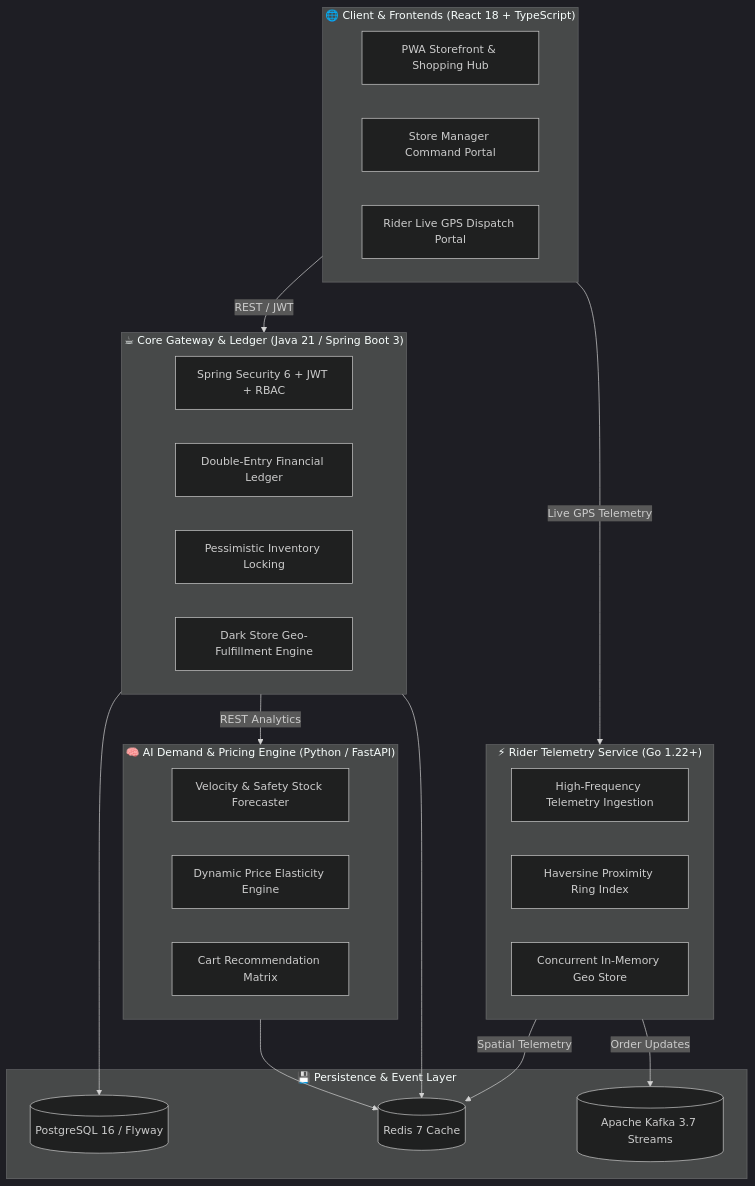
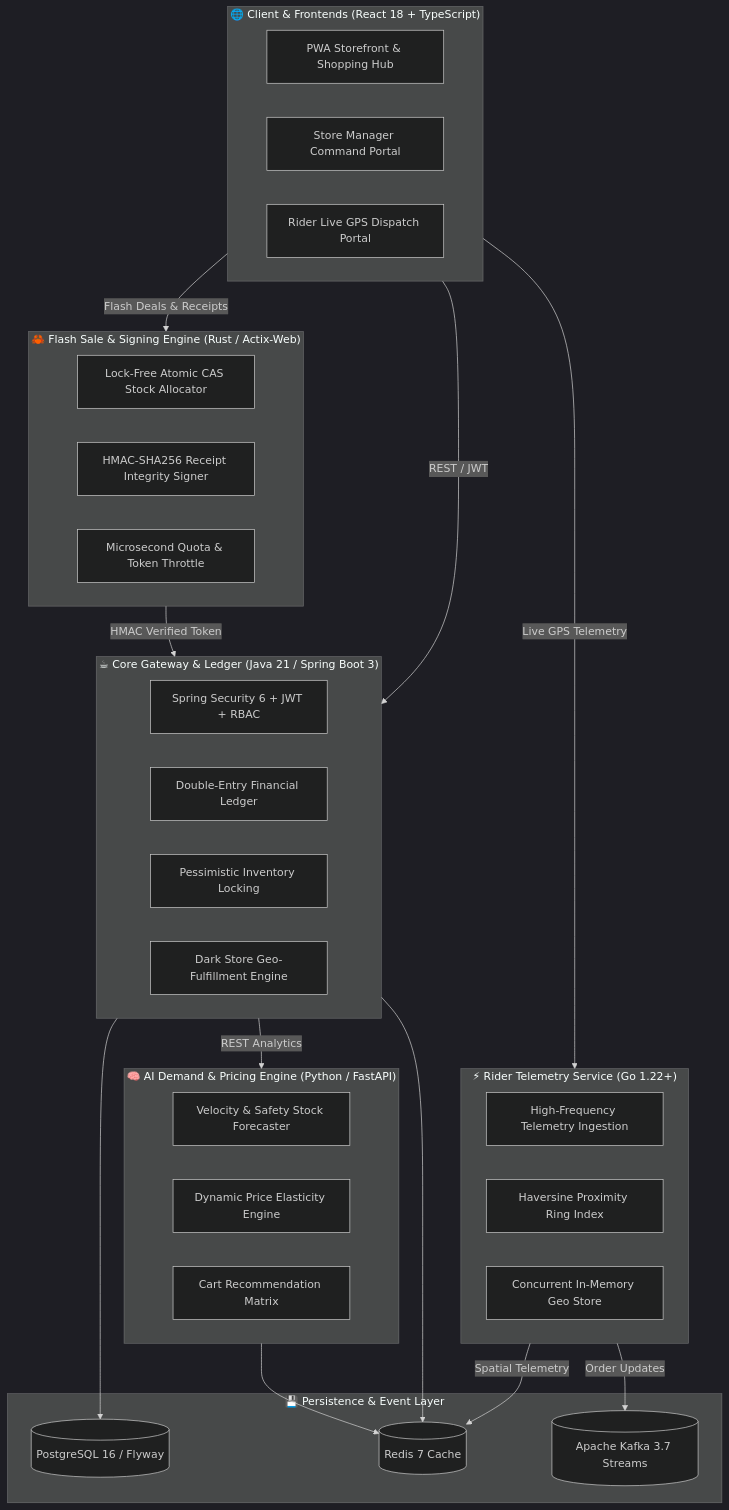
The diagram in README.md (riya292100/new), drawn with Mermaid (dark theme) before and after one commit. The commit also changed other lines of this file and 12 other files, not shown here.

Commit message:
feat(rust): add ultra-low-latency Flash Sale & Cryptographic Receipt Engine in Rust

````diff
--- a/README.md
+++ b/README.md
@@ -35,42 +36,50 @@
 ```mermaid
 flowchart TD
     subgraph ClientLayer["🌐 Client & Frontends (React 18 + TypeScript)"]
         PWA["PWA Storefront & Shopping Hub"]
         AdminPortal["Store Manager Command Portal"]
         DriverApp["Rider Live GPS Dispatch Portal"]
     end
 
     subgraph CoreBackend["☕ Core Gateway & Ledger (Java 21 / Spring Boot 3)"]
         Security["Spring Security 6 + JWT + RBAC"]
         Ledger["Double-Entry Financial Ledger"]
         Inventory["Pessimistic Inventory Locking"]
         StoreFulfillment["Dark Store Geo-Fulfillment Engine"]
+    end
+
+    subgraph RustFlashSaleService["🦀 Flash Sale & Signing Engine (Rust / Actix-Web)"]
+        CASAllocator["Lock-Free Atomic CAS Stock Allocator"]
+        HMACSigner["HMAC-SHA256 Receipt Integrity Signer"]
+        RateLimiter["Microsecond Quota & Token Throttle"]
     end
 
     subgraph PythonAIService["🧠 AI Demand & Pricing Engine (Python / FastAPI)"]
         DemandML["Velocity & Safety Stock Forecaster"]
         SurgeOptimizer["Dynamic Price Elasticity Engine"]
         CoOccurrenceGraph["Cart Recommendation Matrix"]
     end
 
     subgraph GoTelemetryService["⚡ Rider Telemetry Service (Go 1.22+)"]
         GPSIngestion["High-Frequency Telemetry Ingestion"]
         SpatialRingFinder["Haversine Proximity Ring Index"]
         RiderTracker["Concurrent In-Memory Geo Store"]
     end
 
     subgraph DataPersistence["💾 Persistence & Event Layer"]
         Postgres[(PostgreSQL 16 / Flyway)]
         Redis[(Redis 7 Cache)]
         Kafka[(Apache Kafka 3.7 Streams)]
     end
 
     ClientLayer -->|REST / JWT| CoreBackend
+    ClientLayer -->|Flash Deals & Receipts| RustFlashSaleService
     ClientLayer -->|Live GPS Telemetry| GoTelemetryService
     CoreBackend -->|REST Analytics| PythonAIService
+    RustFlashSaleService -->|HMAC Verified Token| CoreBackend
     GoTelemetryService -->|Spatial Telemetry| Redis
     GoTelemetryService -->|Order Updates| Kafka
     CoreBackend --> Postgres
     CoreBackend --> Redis
     PythonAIService --> Redis
 ```
````
